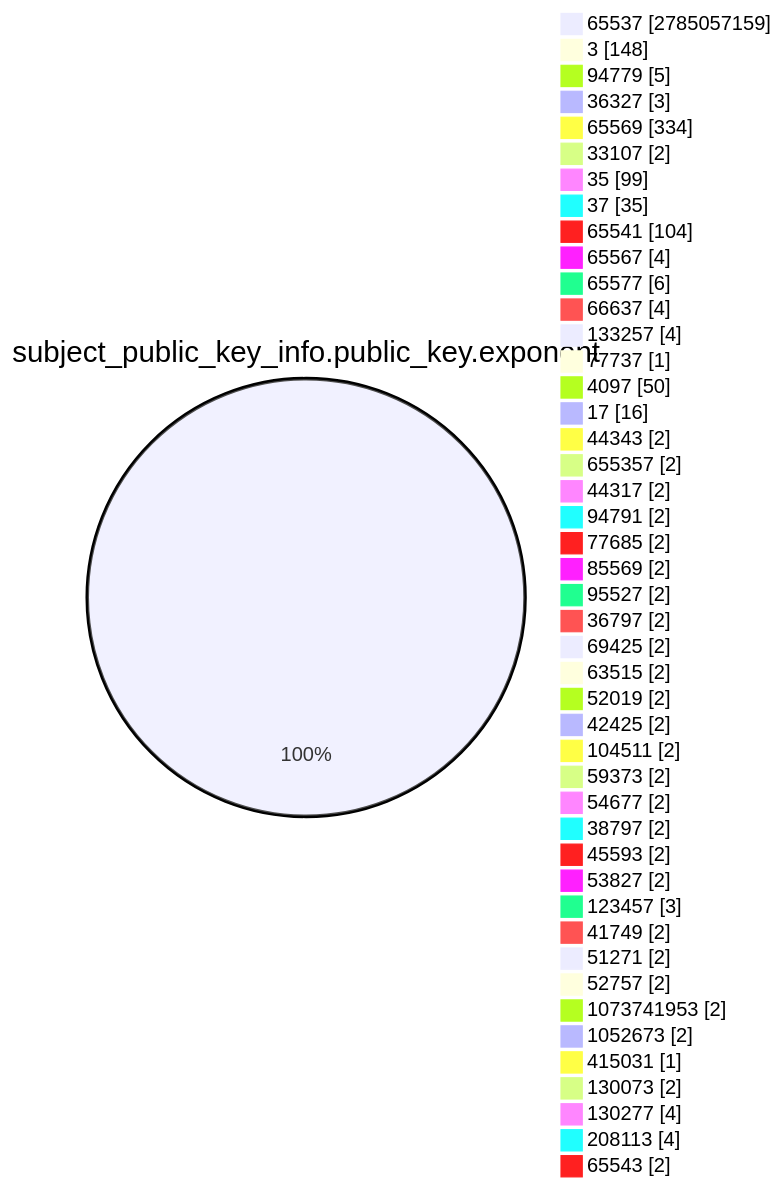
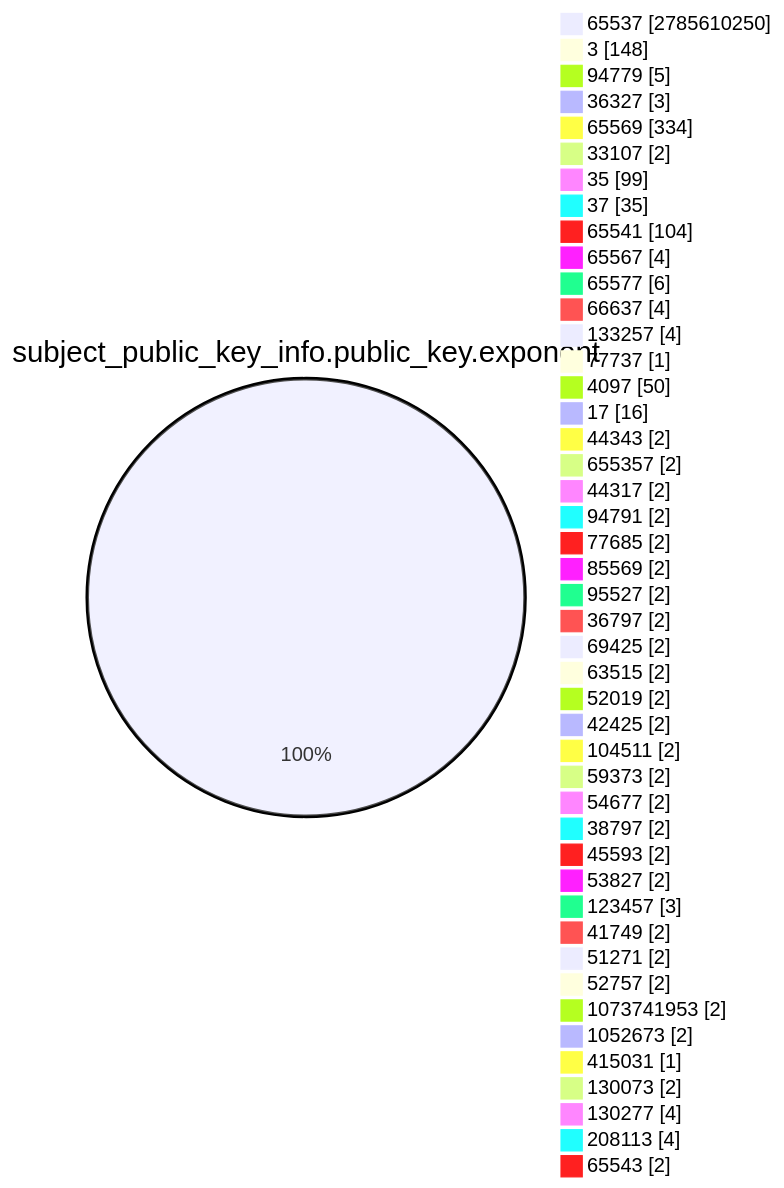
The fourth of 15 diagrams in TOTAL/README.md (christiankrug/ctmonitor_visualization), drawn with Mermaid before and after one commit. The commit also changed other lines of this file, not shown here.

````diff
--- a/TOTAL/README.md
+++ b/TOTAL/README.md
@@ -1467,49 +1467,49 @@
 ```mermaid
 pie showData
 title subject_public_key_info.public_key.exponent
-"65537" :2785057159
+"65537" :2785610250
 "3" :148
 "94779" :5
 "36327" :3
 "65569" :334
 "33107" :2
 "35" :99
 "37" :35
 "65541" :104
 "65567" :4
 "65577" :6
 "66637" :4
 "133257" :4
 "77737" :1
 "4097" :50
 "17" :16
 "44343" :2
 "655357" :2
 "44317" :2
 "94791" :2
 "77685" :2
 "85569" :2
 "95527" :2
 "36797" :2
 "69425" :2
 "63515" :2
 "52019" :2
 "42425" :2
 "104511" :2
 "59373" :2
 "54677" :2
 "38797" :2
 "45593" :2
 "53827" :2
 "123457" :3
 "41749" :2
 "51271" :2
 "52757" :2
 "1073741953" :2
 "1052673" :2
 "415031" :1
 "130073" :2
 "130277" :4
 "208113" :4
 "65543" :2
 ```
````
